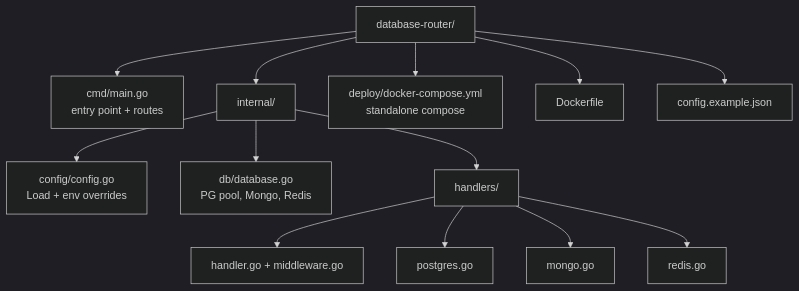
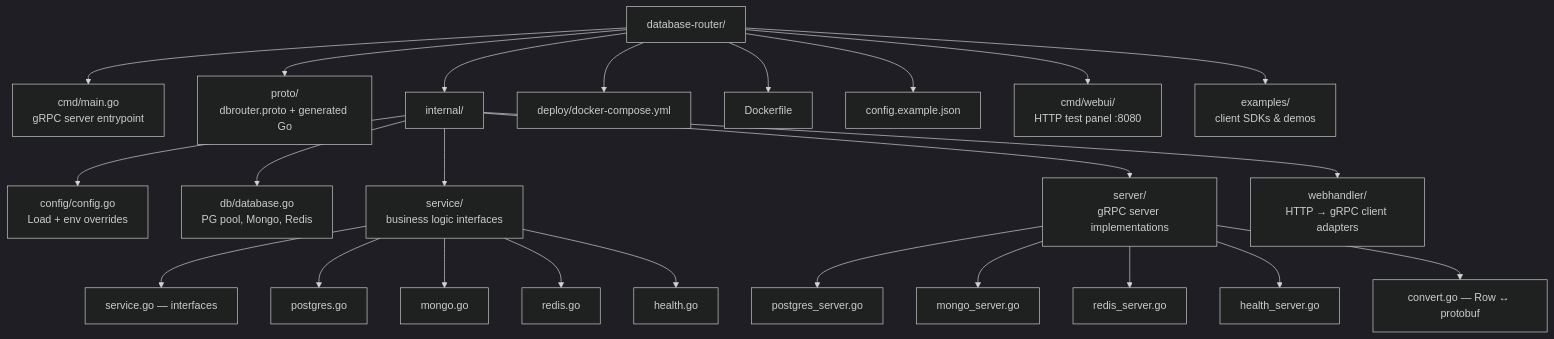
Before and after one commit to Xeze-org/Database-Router: the second of 2 diagrams in README.md, drawn with Mermaid (dark theme). The commit also changed other lines of this file and 79 other files, not shown here.

````diff
--- a/README.md
+++ b/README.md
@@ -187,18 +185,31 @@
 ```mermaid
 flowchart TD
     root[database-router/]
-    root --> cmd[cmd/main.go\nentry point + routes]
+    root --> cmd[cmd/main.go\ngRPC server entrypoint]
+    root --> proto[proto/\ndbrouter.proto + generated Go]
     root --> internal[internal/]
-    root --> deploy[deploy/docker-compose.yml\nstandalone compose]
+    root --> deploy[deploy/docker-compose.yml]
     root --> dockerfile[Dockerfile]
     root --> config[config.example.json]
 
     internal --> cfg[config/config.go\nLoad + env overrides]
     internal --> db[db/database.go\nPG pool, Mongo, Redis]
-    internal --> h[handlers/]
+    internal --> svc[service/\nbusiness logic interfaces]
+    internal --> srv[server/\ngRPC server implementations]
+    internal --> wh[webhandler/\nHTTP → gRPC client adapters]
 
-    h --> hh[handler.go + middleware.go]
-    h --> hpg[postgres.go]
-    h --> hmg[mongo.go]
-    h --> hrd[redis.go]
+    svc --> svc1[service.go — interfaces]
+    svc --> svc2[postgres.go]
+    svc --> svc3[mongo.go]
+    svc --> svc4[redis.go]
+    svc --> svc5[health.go]
+
+    srv --> srv1[postgres_server.go]
+    srv --> srv2[mongo_server.go]
+    srv --> srv3[redis_server.go]
+    srv --> srv4[health_server.go]
+    srv --> srv5[convert.go — Row ↔ protobuf]
+
+    root --> webui[cmd/webui/\nHTTP test panel :8080]
+    root --> examples[examples/\nclient SDKs & demos]
 ```
````
